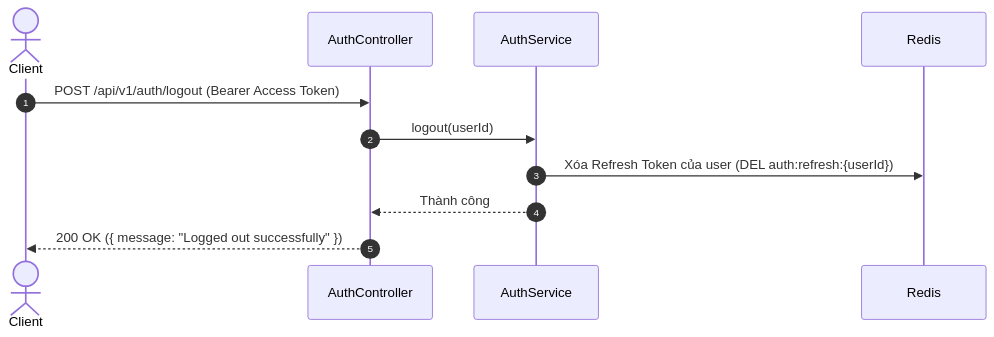
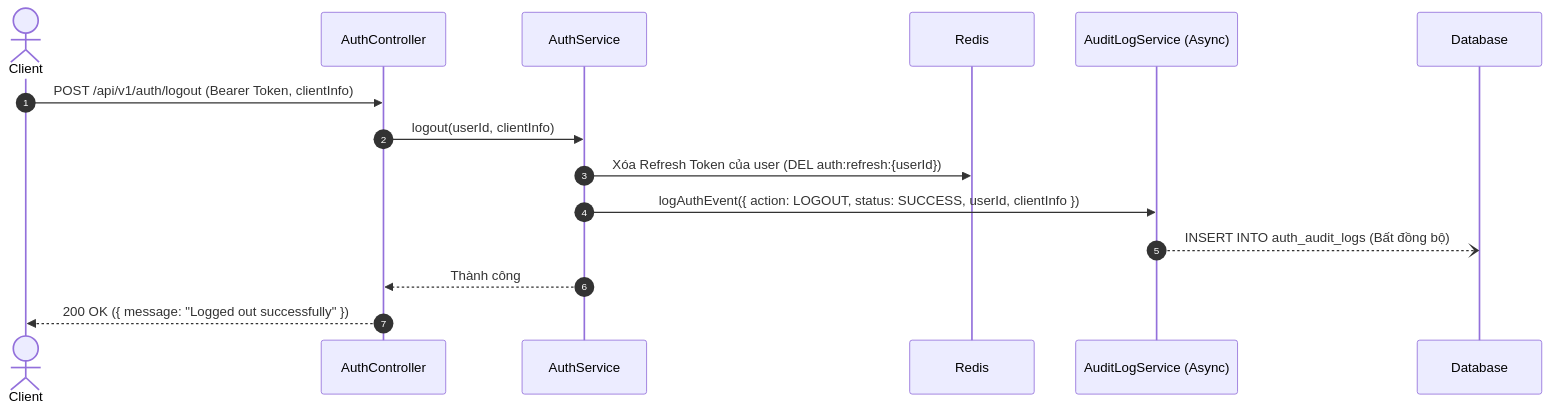
One commit to binhpn212002/aws-social changed the third of 4 diagrams in social-api/specs/auth/basic-design.md. Above: the diagram before and after it, drawn with Mermaid. The commit also changed other lines of this file and 25 other files, not shown here.

````diff
--- a/social-api/specs/auth/basic-design.md
+++ b/social-api/specs/auth/basic-design.md
@@ -166,14 +182,18 @@
 ```mermaid
 sequenceDiagram
     autonumber
     actor Client
-    participant AuthController
-    participant AuthService
+    participant AuthCtrl as AuthController
+    participant AuthSvc as AuthService
     participant Redis
+    participant AuditSvc as AuditLogService (Async)
+    participant Database
 
-    Client->>AuthController: POST /api/v1/auth/logout (Bearer Access Token)
-    AuthController->>AuthService: logout(userId)
-    AuthService->>Redis: Xóa Refresh Token của user (DEL auth:refresh:{userId})
-    AuthService-->>AuthController: Thành công
-    AuthController-->>Client: 200 OK ({ message: "Logged out successfully" })
+    Client->>AuthCtrl: POST /api/v1/auth/logout (Bearer Token, clientInfo)
+    AuthCtrl->>AuthSvc: logout(userId, clientInfo)
+    AuthSvc->>Redis: Xóa Refresh Token của user (DEL auth:refresh:{userId})
+    AuthSvc->>AuditSvc: logAuthEvent({ action: LOGOUT, status: SUCCESS, userId, clientInfo })
+    AuditSvc--)Database: INSERT INTO auth_audit_logs (Bất đồng bộ)
+    AuthSvc-->>AuthCtrl: Thành công
+    AuthCtrl-->>Client: 200 OK ({ message: "Logged out successfully" })
 ```
````
